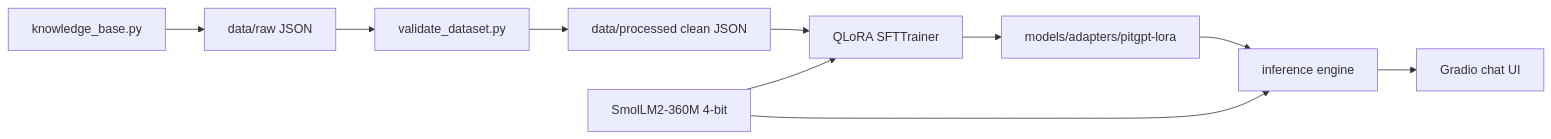
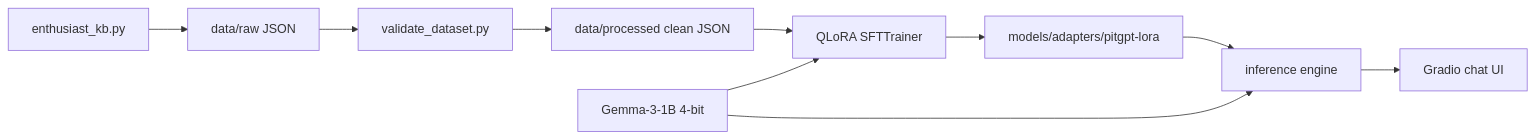
One commit to deva0706/pitgpt changed the diagram in README.md. Above: the diagram before and after it, drawn with Mermaid. The commit also changed other lines of this file and 7 other files, not shown here.

First line of the commit message:
Pivot to F1-enthusiast persona: new style dataset + retrain Gemma

````diff
--- a/README.md
+++ b/README.md
@@ -65,12 +67,12 @@
 ```mermaid
 flowchart LR
-    KB[knowledge_base.py] --> RAW[data/raw JSON]
+    KB[enthusiast_kb.py] --> RAW[data/raw JSON]
     RAW --> VAL[validate_dataset.py]
     VAL --> CLEAN[data/processed clean JSON]
     CLEAN --> TRAIN[QLoRA SFTTrainer]
-    BASE[SmolLM2-360M 4-bit] --> TRAIN
+    BASE[Gemma-3-1B 4-bit] --> TRAIN
     TRAIN --> ADAPTER[models/adapters/pitgpt-lora]
     ADAPTER --> INF[inference engine]
     BASE --> INF
     INF --> APP[Gradio chat UI]
 ```
````
